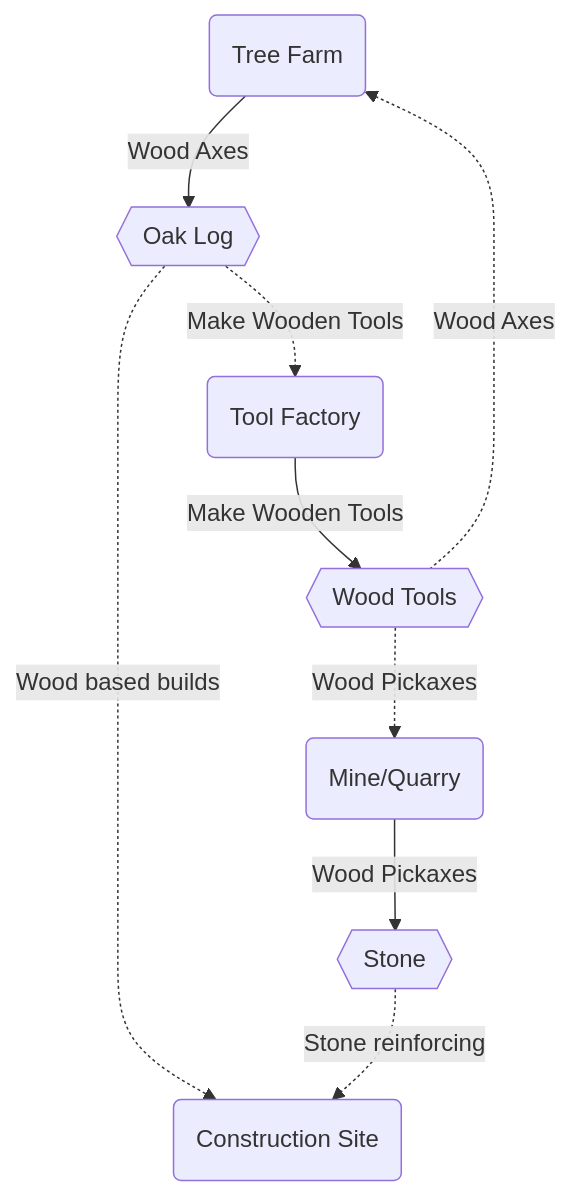
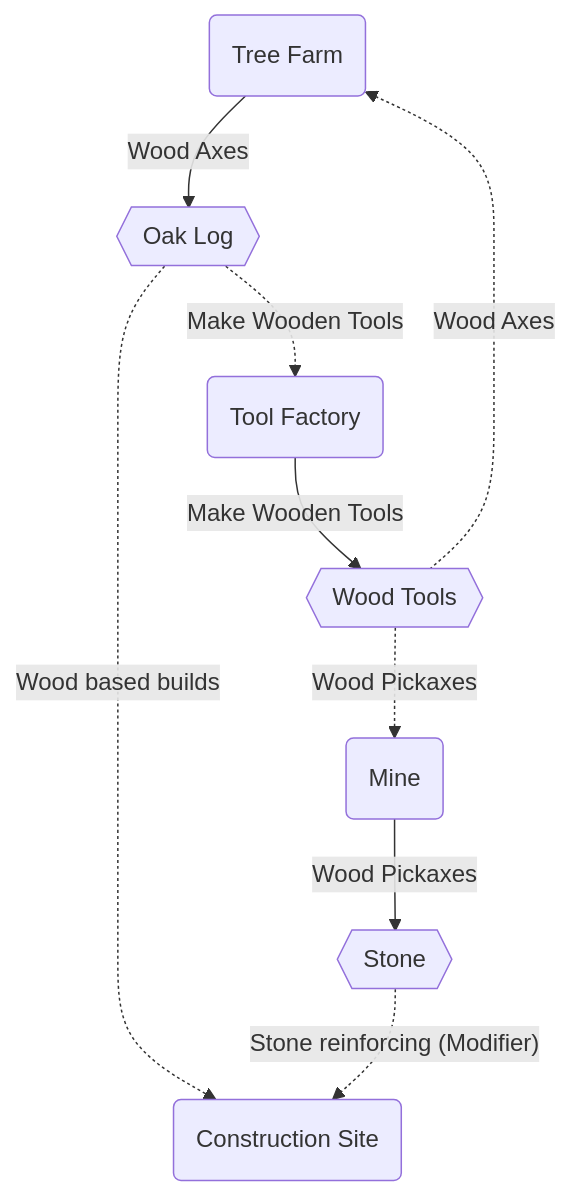
The second of 3 diagrams in README.md (Metriximor/CivVictoria3), drawn with Mermaid before and after one commit. The commit also changed other lines of this file, not shown here.

````diff
--- a/README.md
+++ b/README.md
@@ -20,25 +20,25 @@
 ```mermaid
 flowchart
     treeFarm(Tree Farm)
     toolFactory(Tool Factory)
-    mine(Mine/Quarry)
+    mine(Mine)
     building(Construction Site)
     
     wood{{Oak Log}}
     woodTools{{Wood Tools}}
     stone{{Stone}}
     
     woodTools-.Wood Axes.->treeFarm
     woodTools-.Wood Pickaxes.->mine
     
     wood-.Make Wooden Tools.->toolFactory
     wood-.Wood based builds.->building
     
-    stone-.Stone reinforcing.->building
+    stone-."Stone reinforcing (Modifier)".->building
     
     treeFarm--Wood Axes-->wood
         
     toolFactory--Make Wooden Tools-->woodTools    
     
     mine--Wood Pickaxes-->stone
 ```
````
